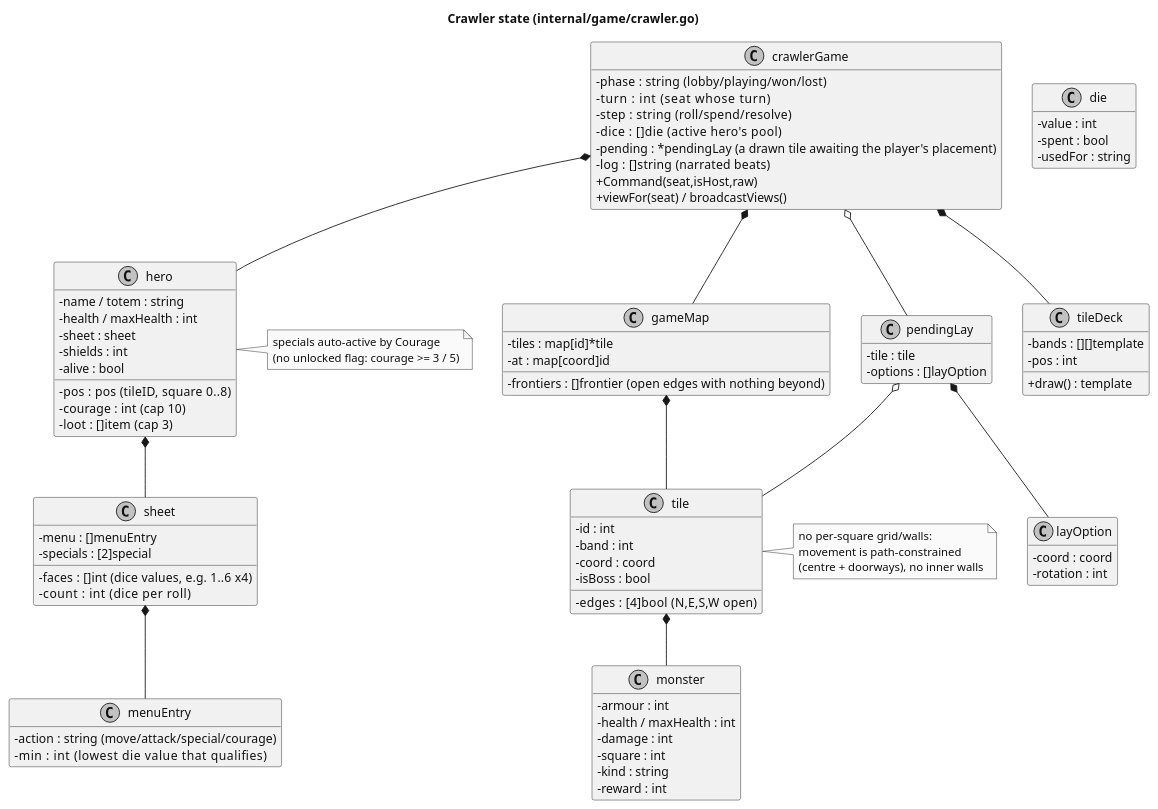
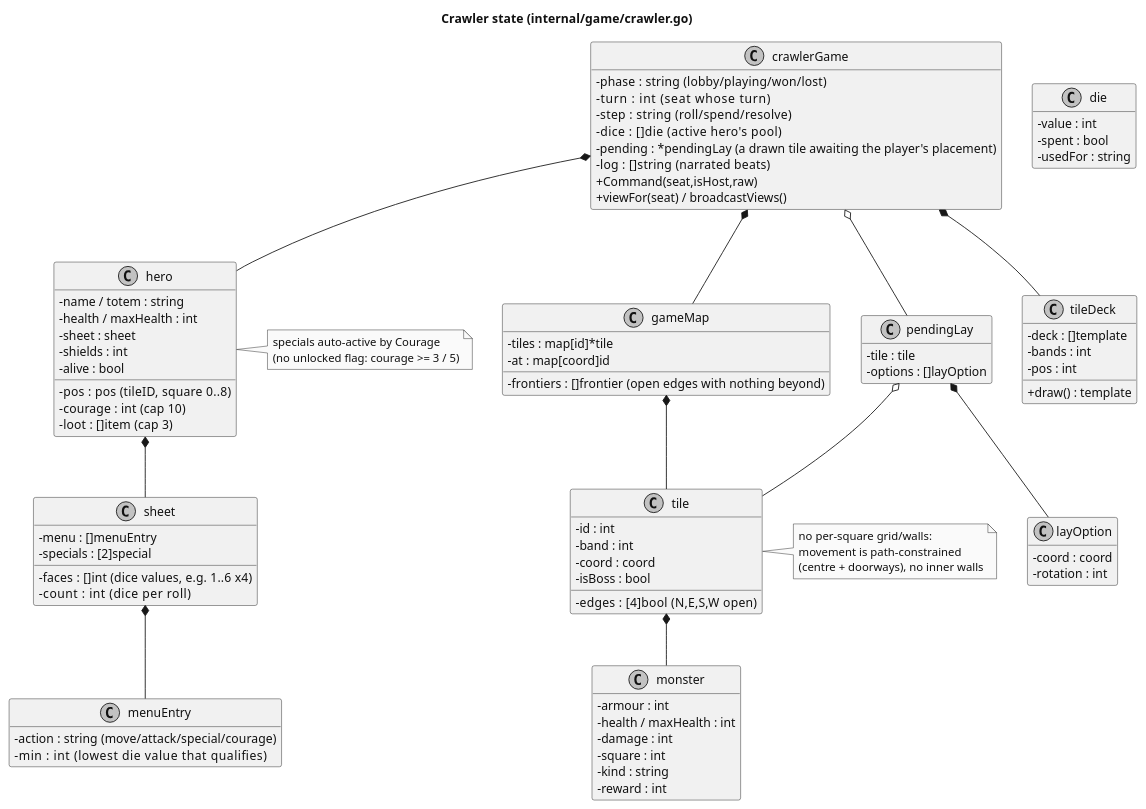
Before and after one commit to Niklasvdm/TotemAppIT: the second of 5 diagrams in docs/crawler-architecture.md, drawn with PlantUML. The commit also changed other lines of this file and 21 other files, not shown here.

```diff
--- a/docs/crawler-architecture.md
+++ b/docs/crawler-architecture.md
@@ -153,7 +153,8 @@
   -rotation : int
 }
 class tileDeck {
-  -bands : [][]template
+  -deck : []template
+  -bands : int
   -pos : int
   +draw() : template
 }
```
